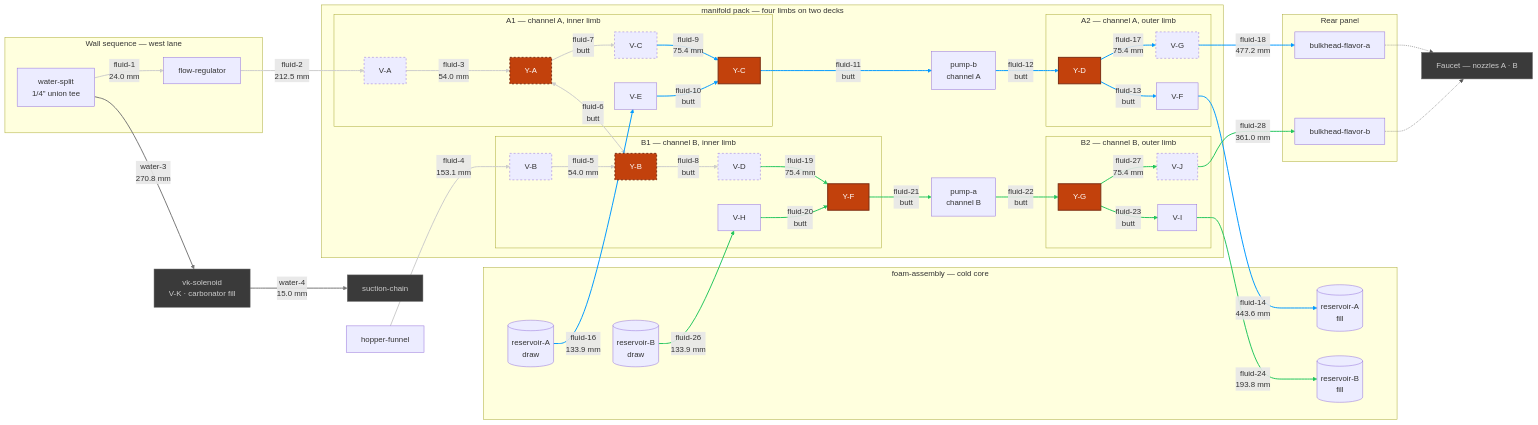
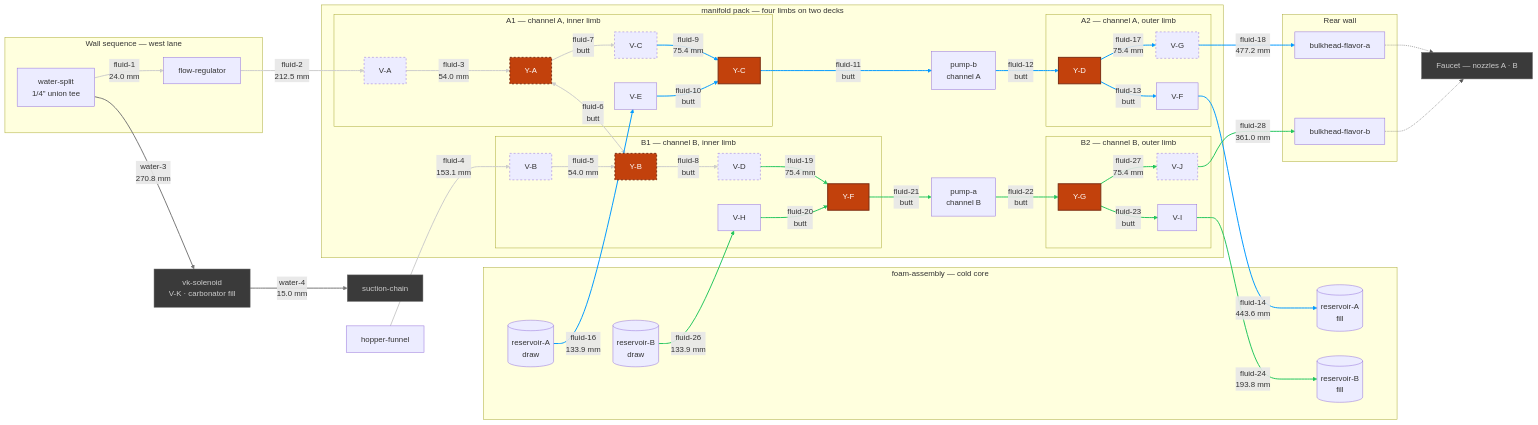
One commit to derekbreden/homesodamachine changed the diagram in hardware/topology/fluid-topology-manifold.mmd. Above: the diagram before and after it, drawn with Mermaid. The commit also changed 44 other files, not shown here.

```diff
--- a/hardware/topology/fluid-topology-manifold.mmd
+++ b/hardware/topology/fluid-topology-manifold.mmd
@@ -85,7 +85,7 @@
   end
 
   %% =========================
-  %% Cold core, rear panel, and what leaves the box
+  %% Cold core, rear wall, and what leaves the box
   %% =========================
   %% Four of the seven conduits in the core's top cap are this circuit's. Each reservoir is
   %% FILLED ABOVE ITS LIQUID, through a bore in its own cap, and DRAWN FROM ITS TROUGH, off the
@@ -98,7 +98,7 @@
     ResB[("reservoir-B<br/>draw")]
   end
 
-  subgraph Panel["Rear panel"]
+  subgraph Panel["Rear wall"]
     BhA["bulkhead-flavor-a"]
     BhB["bulkhead-flavor-b"]
   end
```
